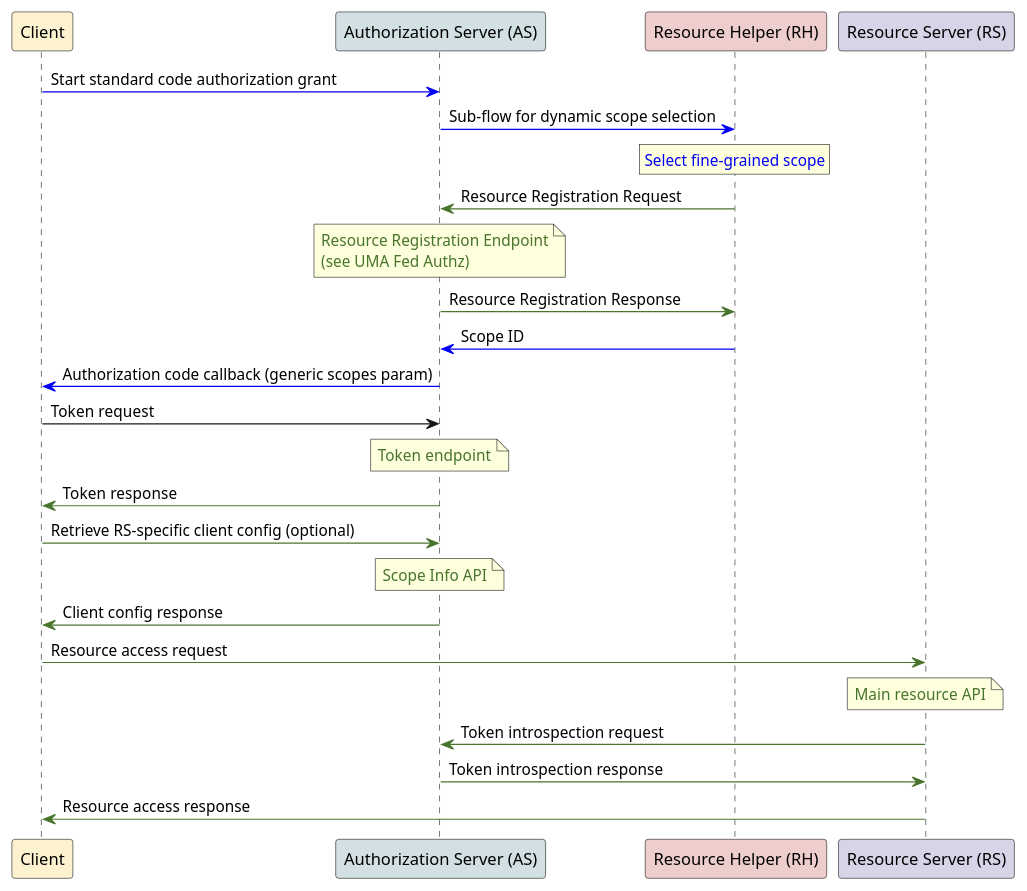
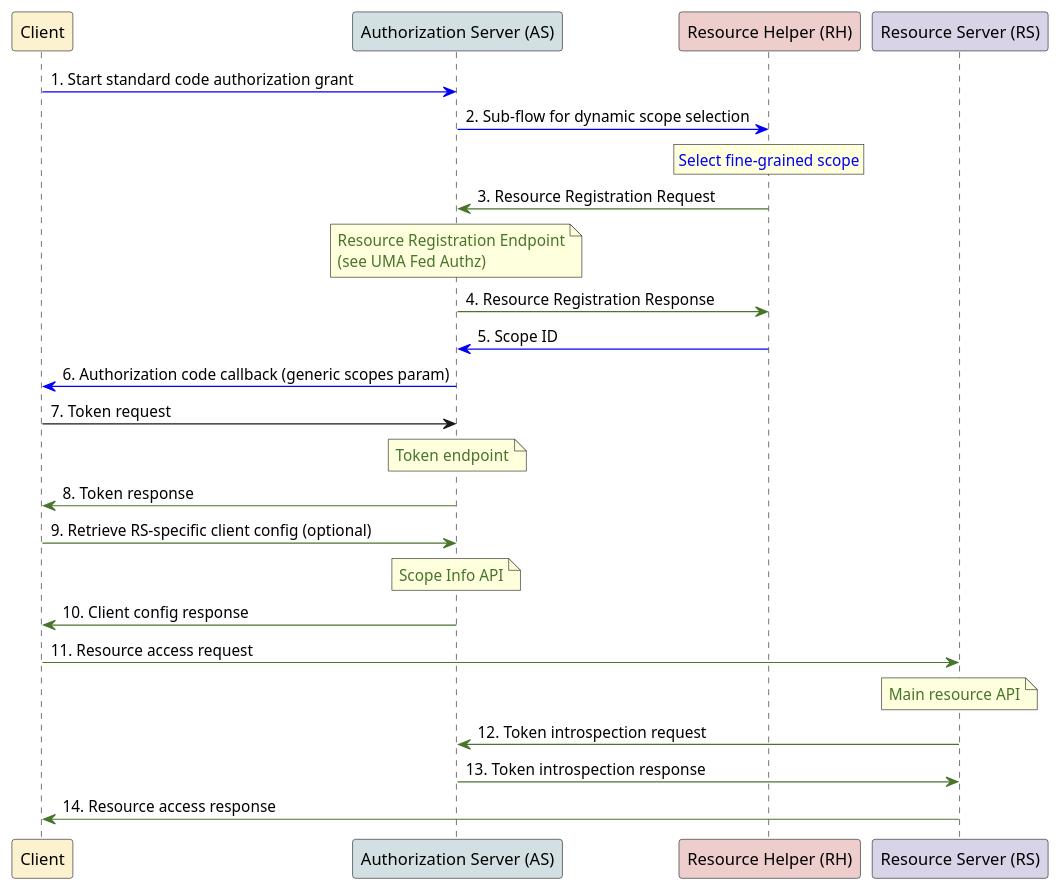
One commit to SURFnet/surf-token-based-access changed the diagram in phase-2/plantuml/swimlanes-poc-3.puml. Above: the diagram before and after it, drawn with PlantUML.

Commit message:
Add numbers

```diff
--- a/phase-2/plantuml/swimlanes-poc-3.puml
+++ b/phase-2/plantuml/swimlanes-poc-3.puml
@@ -1,36 +1,36 @@
 @startuml swimlanes-poc-3
 participant "Client" as C #fdf2d0
 participant "Authorization Server (AS)" as AS #d2e0e3
 participant "Resource Helper (RH)" as RH #eececd
 participant "Resource Server (RS)" as RS #d8d3e7
-C -[#0200f5]> AS: Start standard code authorization grant
-AS -[#0200f5]> RH: Sub-flow for dynamic scope selection
+C -[#0200f5]> AS: 1. Start standard code authorization grant
+AS -[#0200f5]> RH: 2. Sub-flow for dynamic scope selection
 rnote over RH
   <color #0200f5>Select fine-grained scope</color>
 end note
-RH -[#48742c]> AS: Resource Registration Request
+RH -[#48742c]> AS: 3. Resource Registration Request
 note over AS
 <color #48742c>Resource Registration Endpoint</color>
 <color #48742c>(see UMA Fed Authz)</color>
 end note
-AS -[#48742c]> RH: Resource Registration Response
-RH -[#0200f5]> AS: Scope ID
-AS -[#0200f5]> C: Authorization code callback (generic scopes param)
-C -> AS: Token request
+AS -[#48742c]> RH: 4. Resource Registration Response
+RH -[#0200f5]> AS: 5. Scope ID
+AS -[#0200f5]> C: 6. Authorization code callback (generic scopes param)
+C -> AS: 7. Token request
 note over AS
   <color #48742c>Token endpoint</color>
 end note
-AS -[#48742c]> C: Token response
-C -[#48742c]> AS: Retrieve RS-specific client config (optional)
+AS -[#48742c]> C: 8. Token response
+C -[#48742c]> AS: 9. Retrieve RS-specific client config (optional)
 note over AS
   <color #48742c>Scope Info API</color>
 end note
-AS -[#48742c]> C: Client config response
-C -[#48742c]> RS: Resource access request
+AS -[#48742c]> C: 10. Client config response
+C -[#48742c]> RS: 11. Resource access request
 note over RS
   <color #48742c>Main resource API</color>
 end note
-RS -[#48742c]> AS: Token introspection request
-AS -[#48742c]> RS: Token introspection response
-RS -[#48742c]> C: Resource access response
+RS -[#48742c]> AS: 12. Token introspection request
+AS -[#48742c]> RS: 13. Token introspection response
+RS -[#48742c]> C: 14. Resource access response
 @enduml
```
